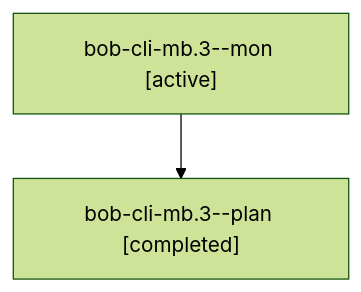
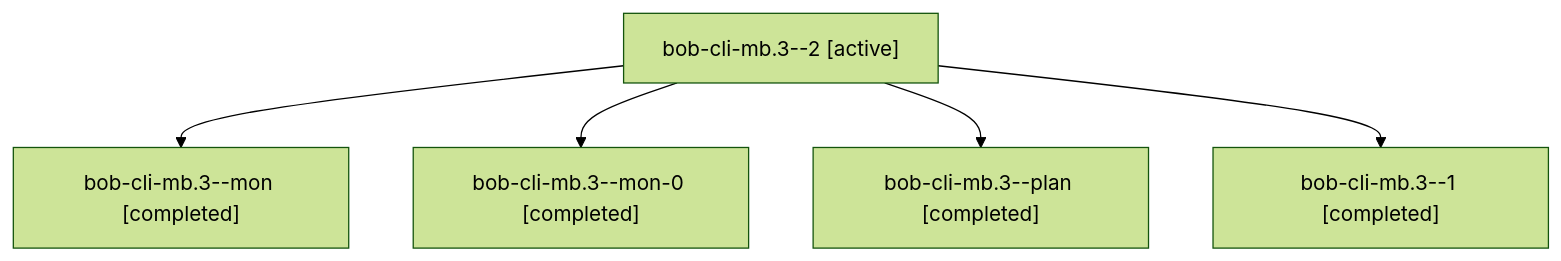
Before and after one commit to bobs-org/bob-cli--agents: the diagram in sessions/bbugyi200.athena.bob-cli-mb.3.md, drawn with Mermaid (forest theme). The commit also changed other lines of this file and 57 other files, not shown here.

````diff
--- a/sessions/bbugyi200.athena.bob-cli-mb.3.md
+++ b/sessions/bbugyi200.athena.bob-cli-mb.3.md
@@ -9,6 +9,12 @@
 ```mermaid
 flowchart TD
-  n0["bob-cli-mb.3--mon [active]"]
-  n1["bob-cli-mb.3--plan [completed]"]
+  n0["bob-cli-mb.3--2 [active]"]
+  n1["bob-cli-mb.3--mon [completed]"]
   n0 --> n1
+  n2["bob-cli-mb.3--mon-0 [completed]"]
+  n0 --> n2
+  n3["bob-cli-mb.3--plan [completed]"]
+  n0 --> n3
+  n4["bob-cli-mb.3--1 [completed]"]
+  n0 --> n4
 ```
````
